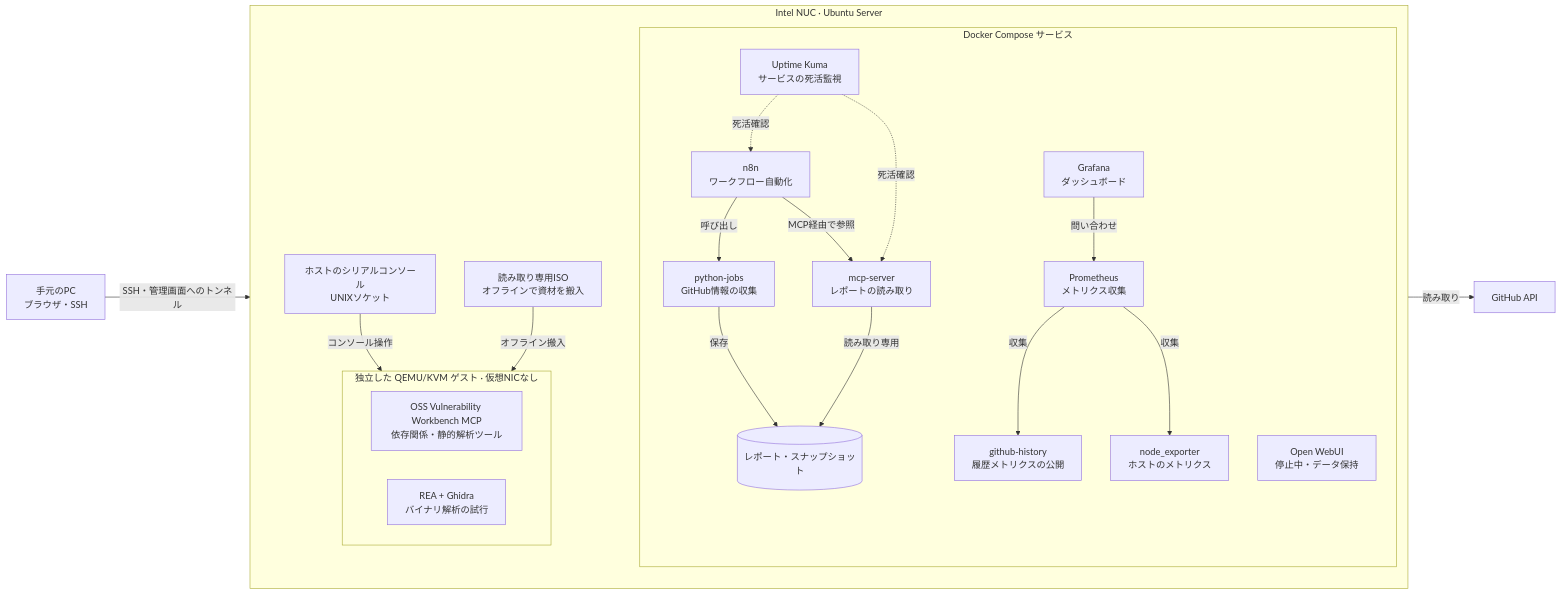
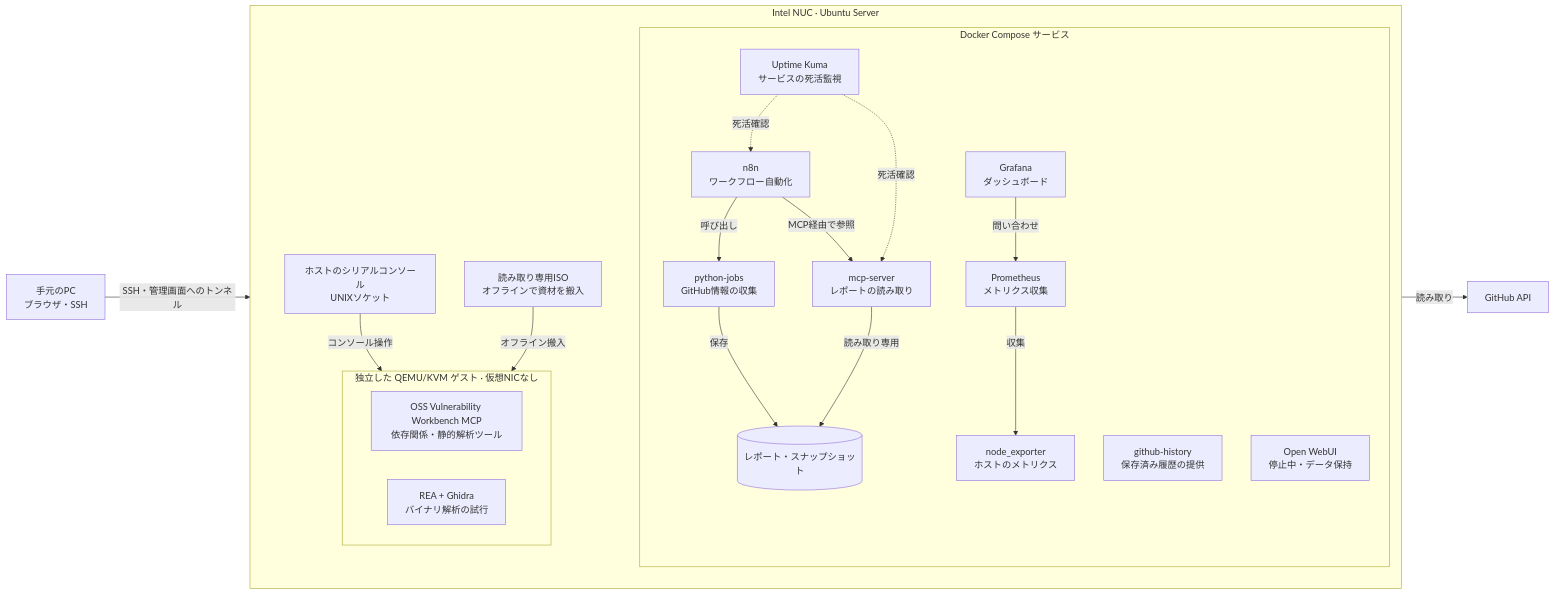
Before and after one commit to moruku36/home-ai-engineering-lab: the diagram in README.ja.md, drawn with Mermaid. The commit also changed other lines of this file and 1 other file, not shown here.

Commit message:
docs: clarify history adapter verification

````diff
--- a/README.ja.md
+++ b/README.ja.md
@@ -11,39 +11,38 @@
 ```mermaid
 flowchart LR
   PC["手元のPC<br/>ブラウザ・SSH"]
   GH["GitHub API"]
   subgraph HOST["Intel NUC · Ubuntu Server"]
     direction TB
     subgraph DOCKER["Docker Compose サービス"]
       N8N["n8n<br/>ワークフロー自動化"]
       JOBS["python-jobs<br/>GitHub情報の収集"]
       MCP["mcp-server<br/>レポートの読み取り"]
-      HIST["github-history<br/>履歴メトリクスの公開"]
+      HIST["github-history<br/>保存済み履歴の提供"]
       KUMA["Uptime Kuma<br/>サービスの死活監視"]
       NODE["node_exporter<br/>ホストのメトリクス"]
       PROM["Prometheus<br/>メトリクス収集"]
       GRAF["Grafana<br/>ダッシュボード"]
       DATA[("レポート・スナップショット")]
       WEB["Open WebUI<br/>停止中・データ保持"]
     end
     subgraph VM["独立した QEMU/KVM ゲスト · 仮想NICなし"]
       WB["OSS Vulnerability Workbench MCP<br/>依存関係・静的解析ツール"]
       REA["REA + Ghidra<br/>バイナリ解析の試行"]
     end
     CONSOLE["ホストのシリアルコンソール<br/>UNIXソケット"]
     ISO["読み取り専用ISO<br/>オフラインで資材を搬入"]
   end
   PC -->|"SSH・管理画面へのトンネル"| HOST
   N8N -->|"呼び出し"| JOBS
   JOBS -->|"読み取り"| GH
   JOBS -->|"保存"| DATA
   N8N -->|"MCP経由で参照"| MCP
   MCP -->|"読み取り専用"| DATA
-  PROM -->|"収集"| HIST
   PROM -->|"収集"| NODE
   GRAF -->|"問い合わせ"| PROM
   KUMA -.->|"死活確認"| N8N
   KUMA -.->|"死活確認"| MCP
   CONSOLE -->|"コンソール操作"| VM
   ISO -->|"オフライン搬入"| VM
 ```
````
